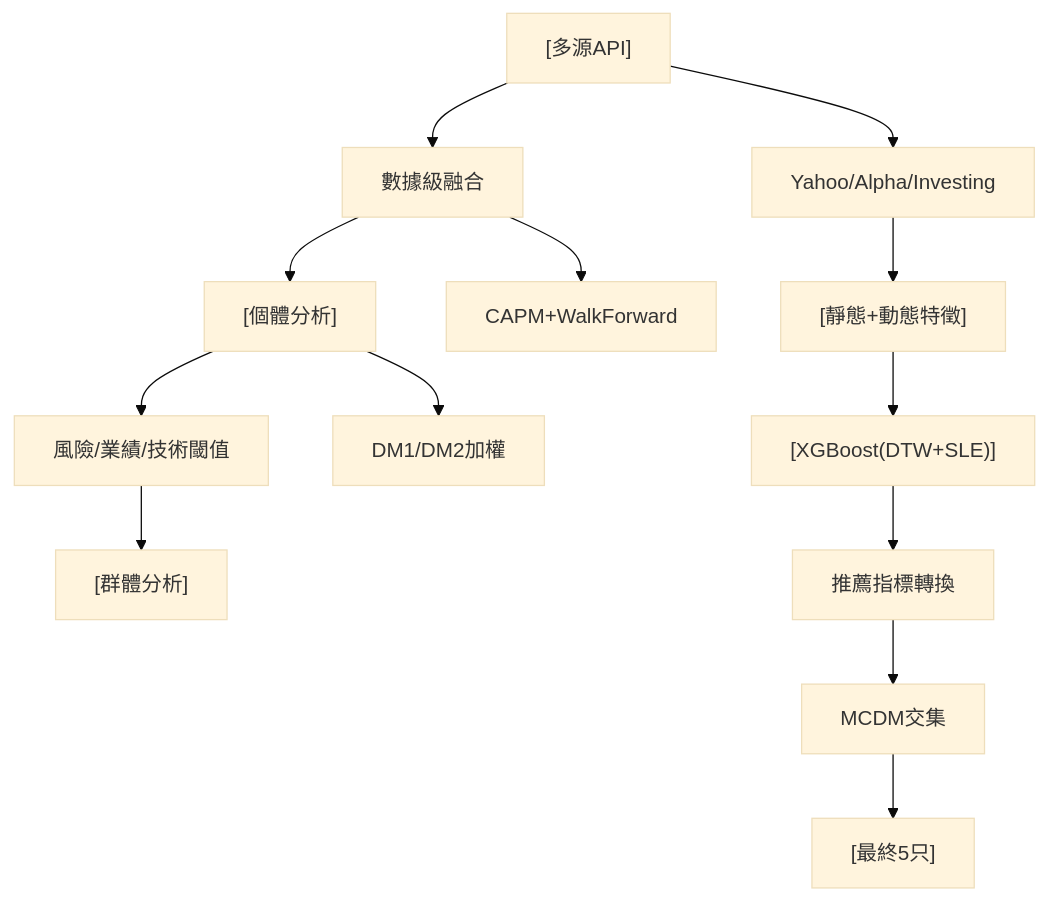
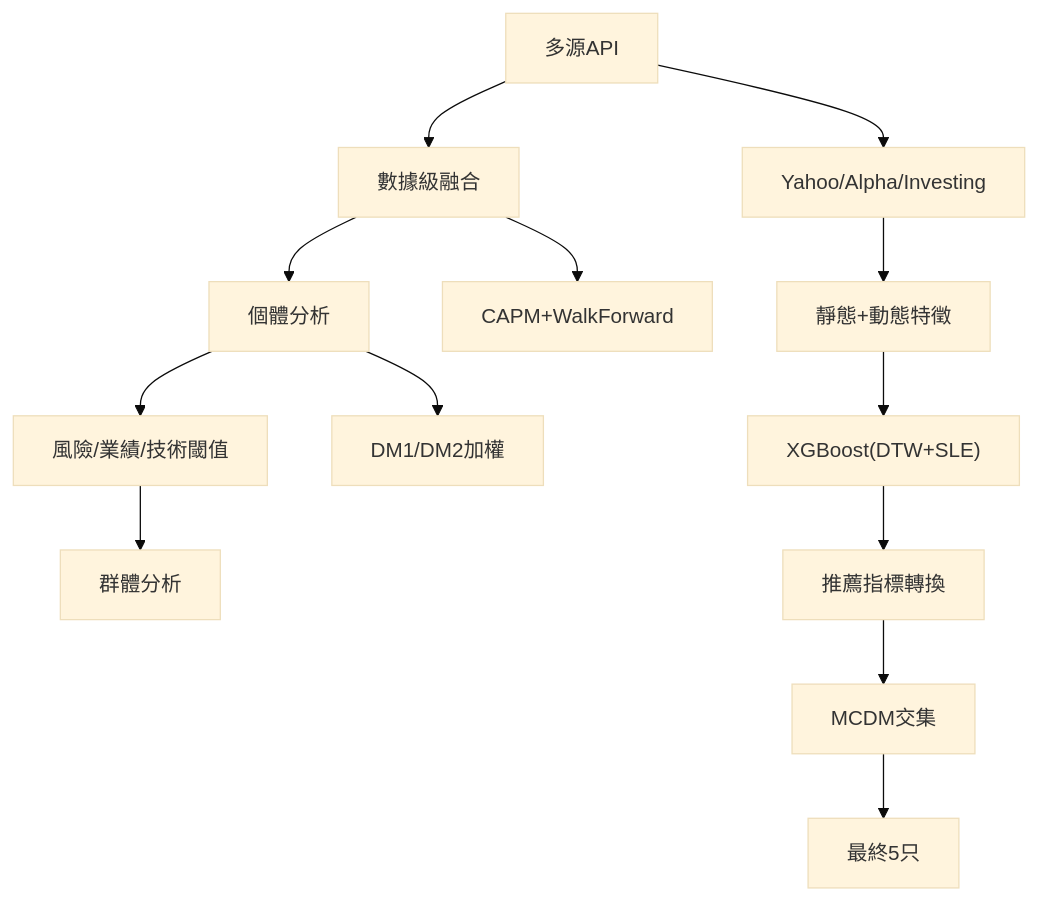
One commit to sou350121/Trading-Handbook changed the diagram in foundations/factor-mining/art-225.md. Above: the diagram before and after it, drawn with Mermaid (base theme). The commit also changed 191 other files, not shown here.

First line of the commit message:
render: fix math + mermaid for GitHub across the corpus (188 pages)

````diff
--- a/foundations/factor-mining/art-225.md
+++ b/foundations/factor-mining/art-225.md
@@ -32,15 +32,15 @@
 ```mermaid
 flowchart TD
-    A["[多源API]"] --> B["數據級融合"]
-    B --> C["[個體分析]"]
+    A["多源API"] --> B["數據級融合"]
+    B --> C["個體分析"]
     C --> D["風險/業績/技術閾值"]
-    D --> E["[群體分析]"]
+    D --> E["群體分析"]
     A --> F["Yahoo/Alpha/Investing"]
     B --> G["CAPM+WalkForward"]
     C --> H["DM1/DM2加權"]
-    F --> I["[靜態+動態特徵]"]
-    I --> J["[XGBoost(DTW+SLE)]"]
+    F --> I["靜態+動態特徵"]
+    I --> J["XGBoost(DTW+SLE)"]
     J --> K["推薦指標轉換"]
     K --> L["MCDM交集"]
-    L --> M["[最終5只]"]
+    L --> M["最終5只"]
 ```
````
